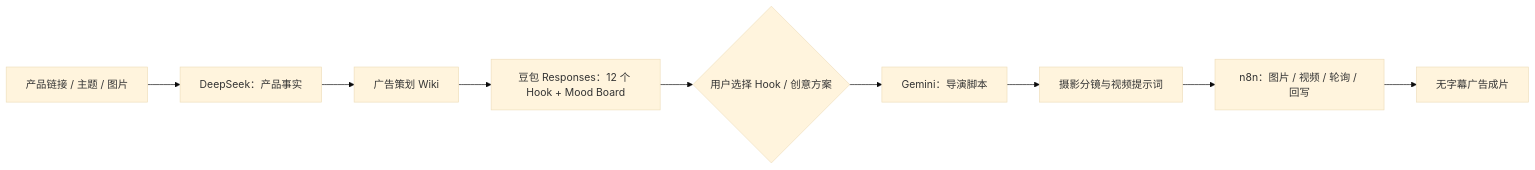
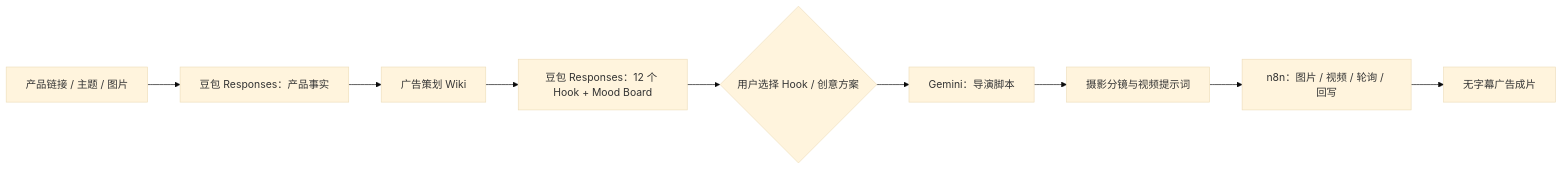
Before and after one commit to luoxiaohe0529-creator/ocean-glimmer-aigc: the diagram in docs/CASE_STUDY.md, drawn with Mermaid (base theme). The commit also changed other lines of this file and 18 other files, not shown here.

````diff
--- a/docs/CASE_STUDY.md
+++ b/docs/CASE_STUDY.md
@@ -13,11 +13,11 @@
 ```mermaid
 flowchart LR
-  A[产品链接 / 主题 / 图片] --> B[DeepSeek：产品事实]
+  A[产品链接 / 主题 / 图片] --> B[豆包 Responses：产品事实]
   B --> C[广告策划 Wiki]
   C --> D[豆包 Responses：12 个 Hook + Mood Board]
   D --> E{用户选择 Hook / 创意方案}
   E --> F[Gemini：导演脚本]
   F --> G[摄影分镜与视频提示词]
   G --> H[n8n：图片 / 视频 / 轮询 / 回写]
   H --> I[无字幕广告成片]
 ```
````
